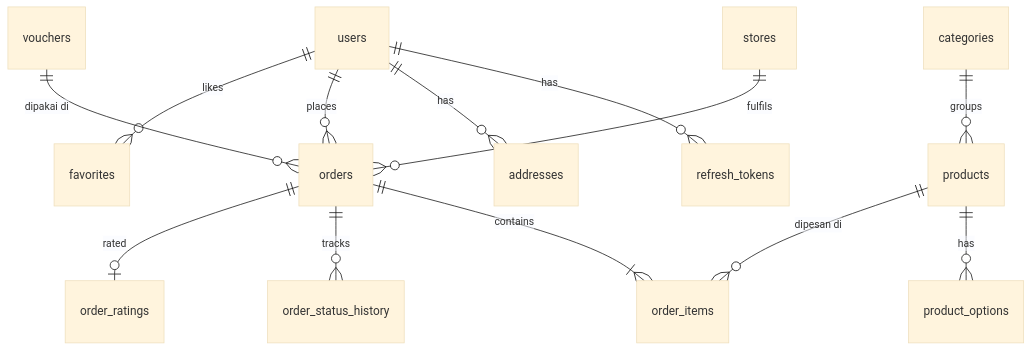
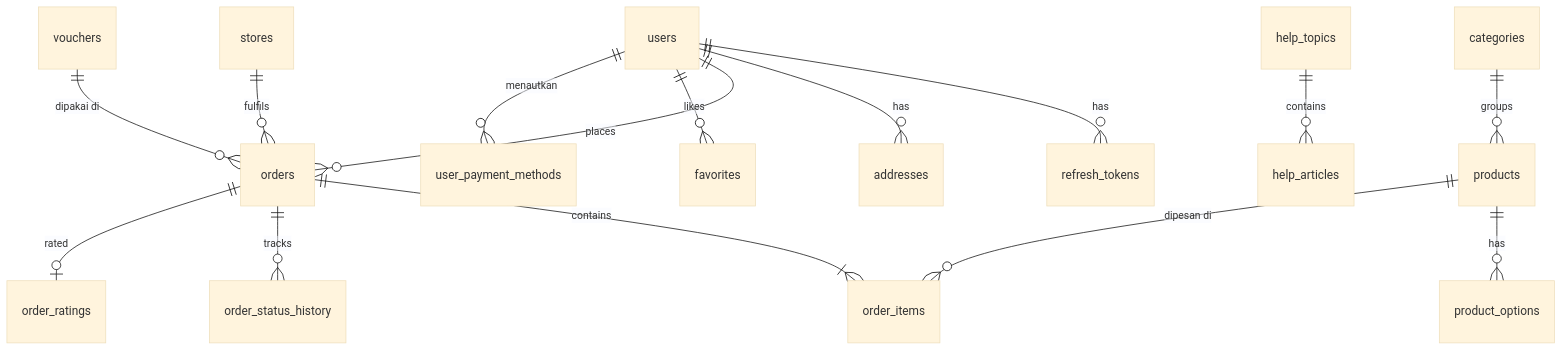
The first of 2 diagrams in API_PLAN.md (lshinkuro/TryTuist), drawn with Mermaid (base theme) before and after one commit. The commit also changed other lines of this file and 78 other files, not shown here.

````diff
--- a/API_PLAN.md
+++ b/API_PLAN.md
@@ -666,15 +962,17 @@
 ```mermaid
 erDiagram
     users ||--o{ refresh_tokens : has
     users ||--o{ addresses : has
     users ||--o{ orders : places
     users ||--o{ favorites : likes
+    users ||--o{ user_payment_methods : "menautkan"
+    help_topics ||--o{ help_articles : contains
     categories ||--o{ products : groups
     products ||--o{ product_options : has
     products ||--o{ order_items : "dipesan di"
     stores ||--o{ orders : fulfils
     orders ||--|{ order_items : contains
     orders ||--o{ order_status_history : tracks
     orders ||--o| order_ratings : rated
     vouchers ||--o{ orders : "dipakai di"
 ```
````
